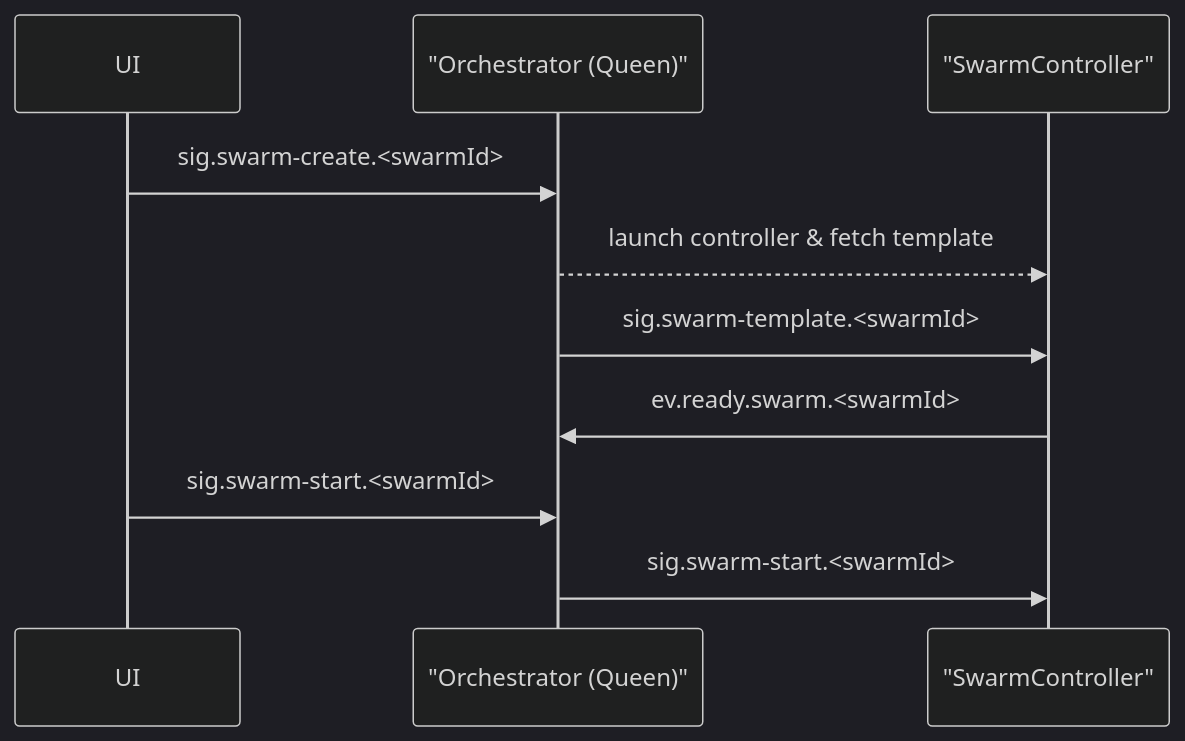
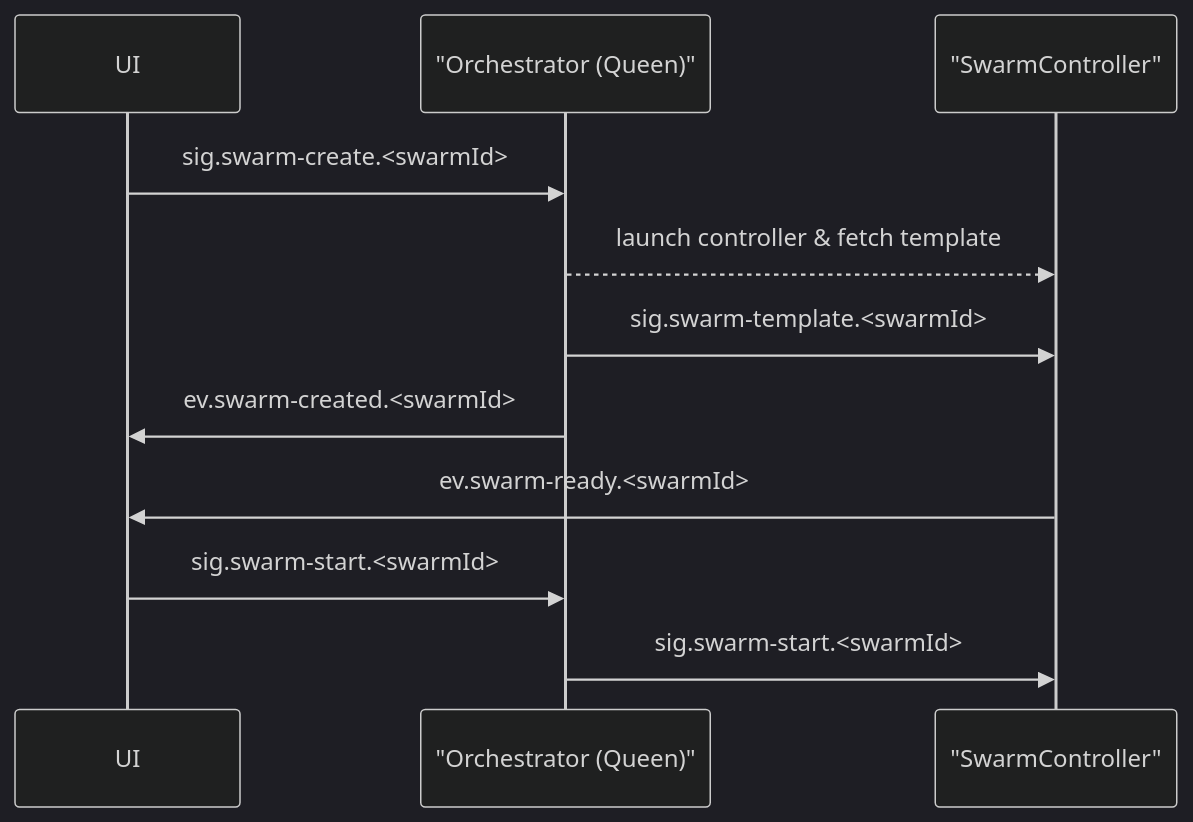
Before and after one commit to sepa79/PocketHive: the diagram in SWARM_CONTROLLER_PLAN.md, drawn with Mermaid (dark theme). The commit also changed other lines of this file and 4 other files, not shown here.

Commit message:
docs: document swarm created and ready events

````diff
--- a/SWARM_CONTROLLER_PLAN.md
+++ b/SWARM_CONTROLLER_PLAN.md
@@ -9,12 +10,13 @@
 ```mermaid
 sequenceDiagram
   participant UI
   participant QN as "Orchestrator (Queen)"
   participant SC as "SwarmController"
   UI->>QN: sig.swarm-create.<swarmId>
   QN-->>SC: launch controller & fetch template
   QN->>SC: sig.swarm-template.<swarmId>
-  SC->>QN: ev.ready.swarm.<swarmId>
+  QN->>UI: ev.swarm-created.<swarmId>
+  SC->>UI: ev.swarm-ready.<swarmId>
   UI->>QN: sig.swarm-start.<swarmId>
   QN->>SC: sig.swarm-start.<swarmId>
 ```
````
